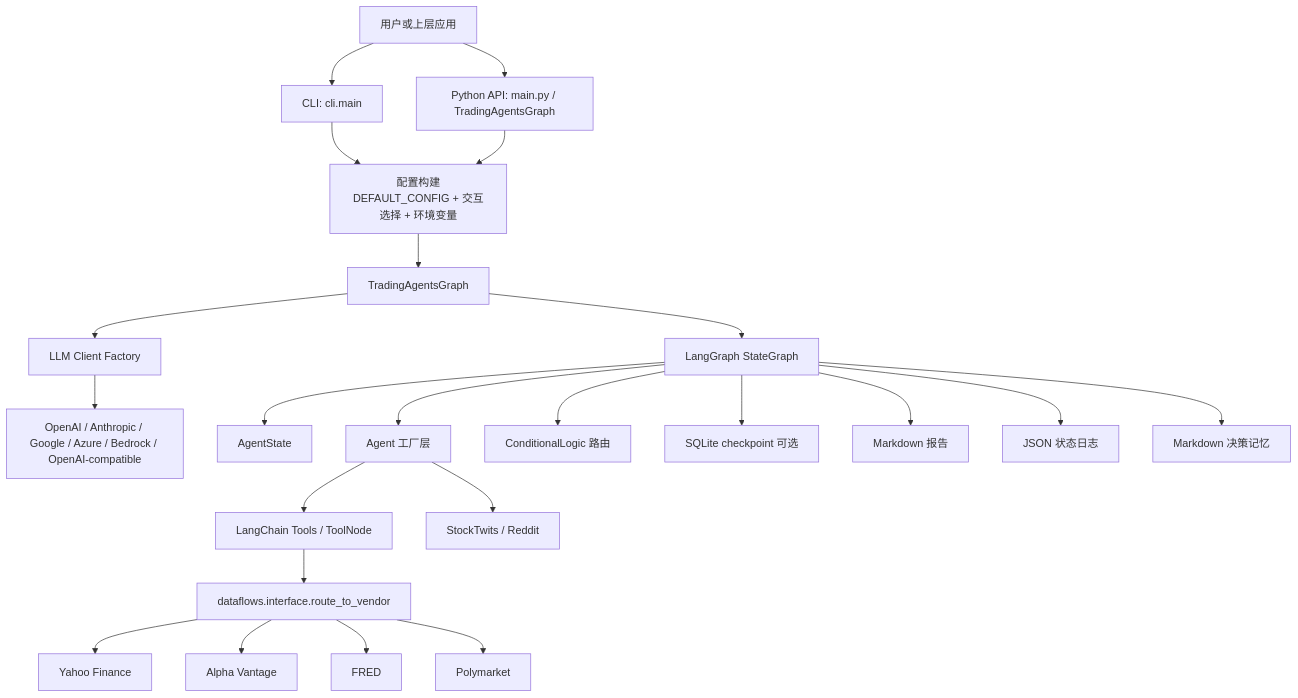
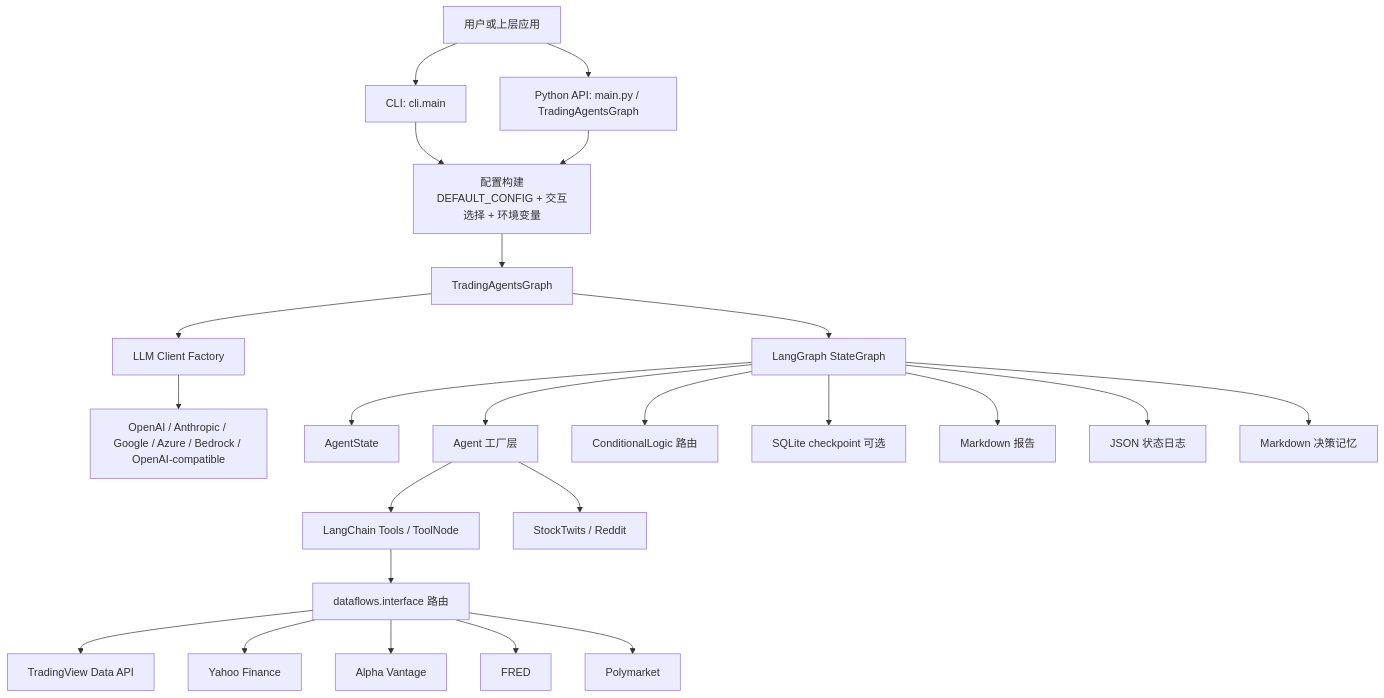
The first of 5 diagrams in tg-core/docs/ARCHITECTURE_DESIGN.md (hypier/tradingagents-report), drawn with Mermaid before and after one commit. The commit also changed other lines of this file and 1 other file, not shown here.

Commit message:
docs: document TradingView data-source routing

````diff
--- a/tg-core/docs/ARCHITECTURE_DESIGN.md
+++ b/tg-core/docs/ARCHITECTURE_DESIGN.md
@@ -62,30 +62,31 @@
 ```mermaid
 flowchart TB
     User["用户或上层应用"] --> CLI["CLI: cli.main"]
     User --> API["Python API: main.py / TradingAgentsGraph"]
 
     CLI --> Config["配置构建\nDEFAULT_CONFIG + 交互选择 + 环境变量"]
     API --> Config
     Config --> Graph["TradingAgentsGraph"]
 
     Graph --> LLMFactory["LLM Client Factory"]
     LLMFactory --> LLMs["OpenAI / Anthropic / Google / Azure / Bedrock / OpenAI-compatible"]
 
     Graph --> StateGraph["LangGraph StateGraph"]
     StateGraph --> AgentState["AgentState"]
     StateGraph --> Agents["Agent 工厂层"]
     StateGraph --> Routers["ConditionalLogic 路由"]
     StateGraph --> Checkpoint["SQLite checkpoint 可选"]
 
     Agents --> Tools["LangChain Tools / ToolNode"]
-    Tools --> DataRouter["dataflows.interface.route_to_vendor"]
+    Tools --> DataRouter["dataflows.interface 路由"]
+    DataRouter --> TV["TradingView Data API"]
     DataRouter --> YF["Yahoo Finance"]
     DataRouter --> AV["Alpha Vantage"]
     DataRouter --> FRED["FRED"]
     DataRouter --> PM["Polymarket"]
     Agents --> Social["StockTwits / Reddit"]
 
     StateGraph --> Reports["Markdown 报告"]
     StateGraph --> Logs["JSON 状态日志"]
     StateGraph --> Memory["Markdown 决策记忆"]
 ```
````
